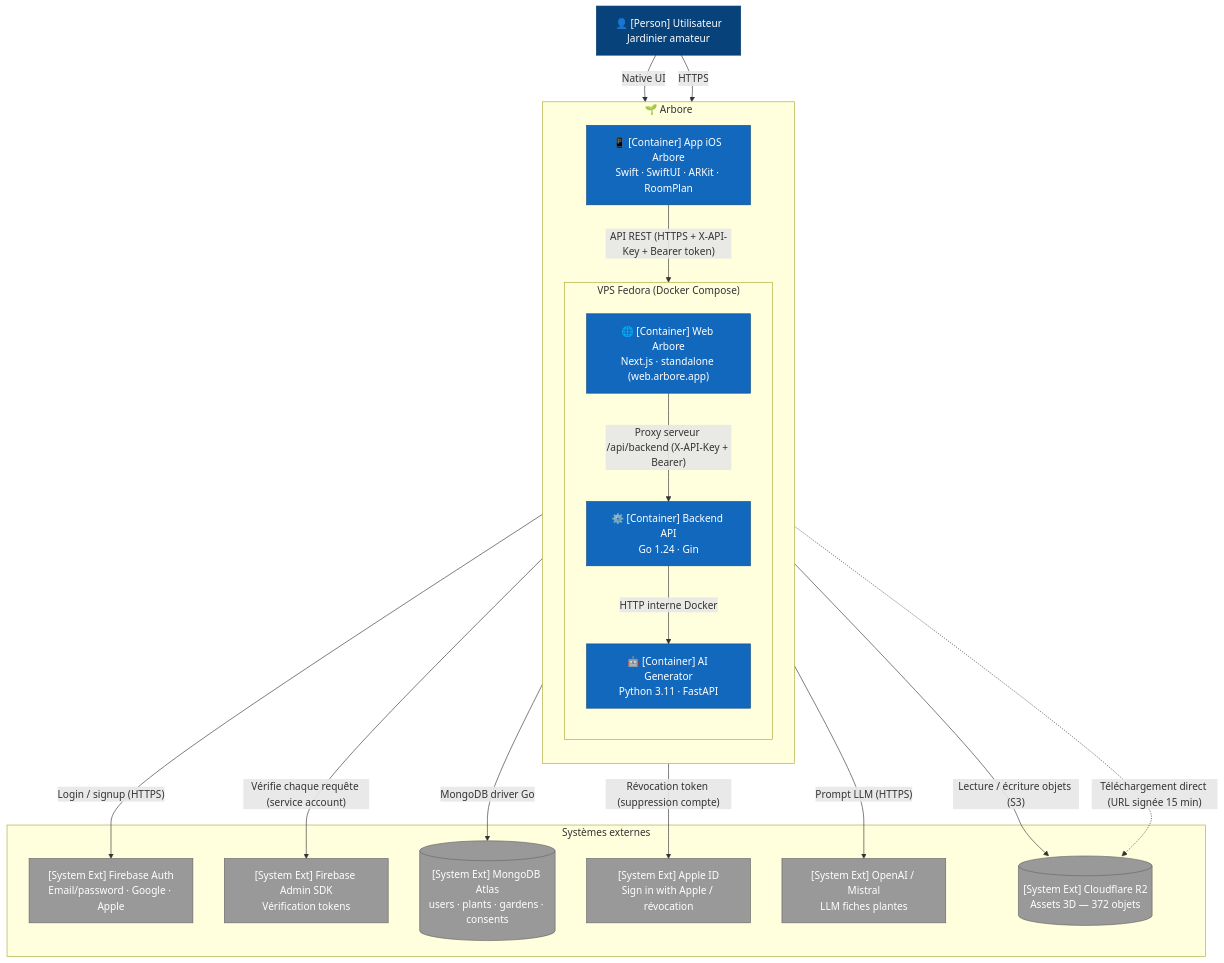
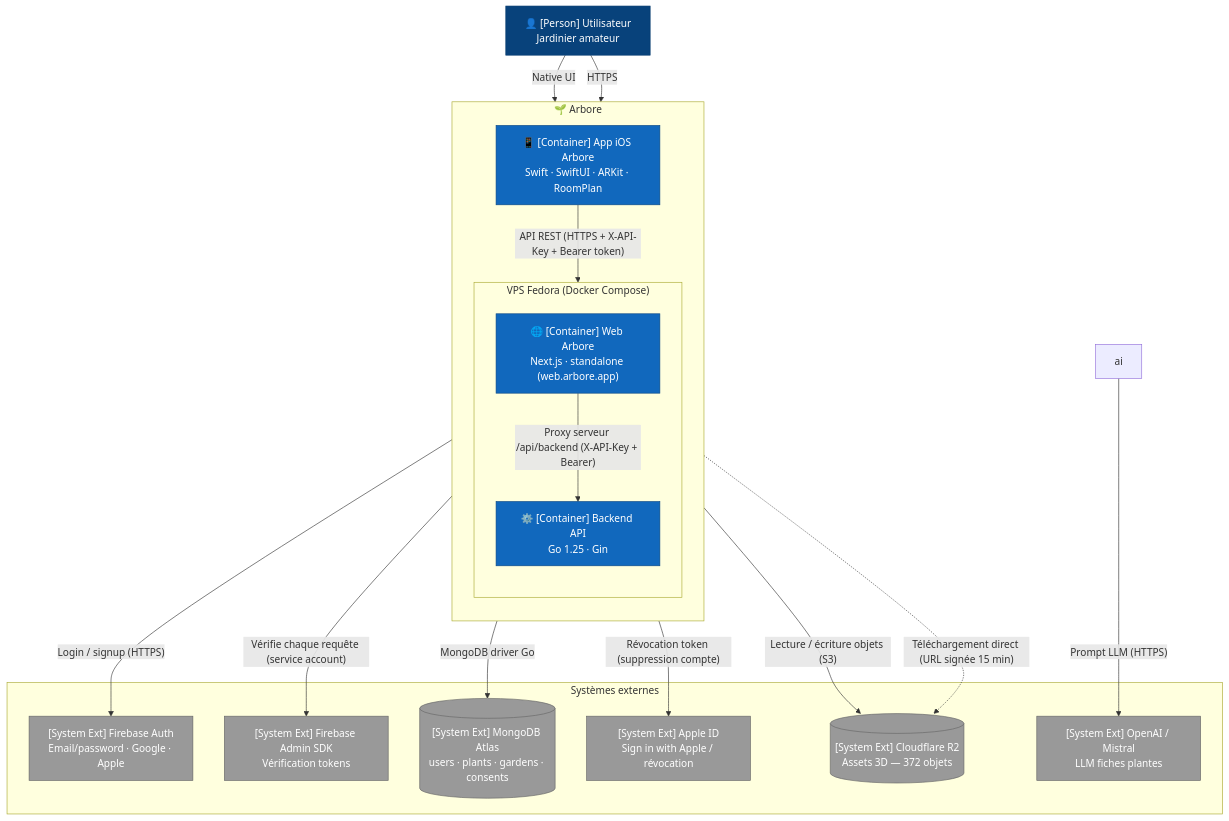
One commit to ArboreTeam/Arbore changed the diagram in docs/fr/architecture/02-containers.md. Above: the diagram before and after it, drawn with Mermaid. The commit also changed other lines of this file and 29 other files, not shown here.

````diff
--- a/docs/fr/architecture/02-containers.md
+++ b/docs/fr/architecture/02-containers.md
@@ -11,47 +11,45 @@
 ```mermaid
 flowchart TB
     user["👤 [Person] Utilisateur<br/>Jardinier amateur"]
 
     subgraph arbore["🌱 Arbore"]
         direction TB
         ios["📱 [Container] App iOS Arbore<br/>Swift · SwiftUI · ARKit · RoomPlan"]
 
         subgraph vps["VPS Fedora (Docker Compose)"]
             direction TB
             web["🌐 [Container] Web Arbore<br/>Next.js · standalone (web.arbore.app)"]
-            backend["⚙️ [Container] Backend API<br/>Go 1.24 · Gin"]
-            ai["🤖 [Container] AI Generator<br/>Python 3.11 · FastAPI"]
+            backend["⚙️ [Container] Backend API<br/>Go 1.25 · Gin"]
         end
     end
 
     subgraph ext["Systèmes externes"]
         firebase_auth["[System Ext] Firebase Auth<br/>Email/password · Google · Apple"]
         firebase_admin["[System Ext] Firebase Admin SDK<br/>Vérification tokens"]
         mongo[("[System Ext] MongoDB Atlas<br/>users · plants · gardens · consents")]
         apple["[System Ext] Apple ID<br/>Sign in with Apple / révocation"]
         llm["[System Ext] OpenAI / Mistral<br/>LLM fiches plantes"]
         r2[("[System Ext] Cloudflare R2<br/>Assets 3D — 372 objets")]
     end
 
     user -- "Native UI"  --> ios
     user -- "HTTPS"      --> web
 
     ios     -- "Login / signup (HTTPS)"                        --> firebase_auth
     ios     -- "API REST (HTTPS + X-API-Key + Bearer token)"   --> backend
     web     -- "Proxy serveur /api/backend (X-API-Key + Bearer)" --> backend
 
     backend -- "Vérifie chaque requête (service account)"      --> firebase_admin
     backend -- "MongoDB driver Go"                             --> mongo
     backend -- "Révocation token (suppression compte)"         --> apple
-    backend -- "HTTP interne Docker"                           --> ai
     backend -- "Lecture / écriture objets (S3)"                --> r2
     ios     -. "Téléchargement direct (URL signée 15 min)" .-> r2
     ai      -- "Prompt LLM (HTTPS)"                            --> llm
 
     classDef person   fill:#08427B,stroke:#073B6F,color:#fff
     classDef cont     fill:#1168BD,stroke:#0B4884,color:#fff
     classDef ext_node fill:#999,stroke:#666,color:#fff
     class user person
-    class ios,web,backend,ai cont
+    class ios,web,backend cont
     class firebase_auth,firebase_admin,mongo,apple,llm,r2 ext_node
 ```
````
